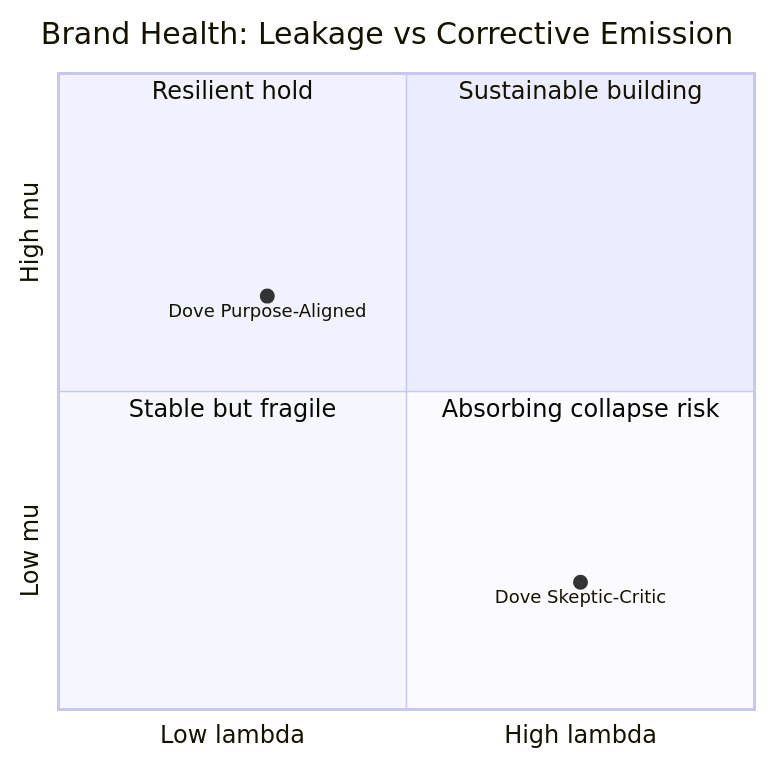
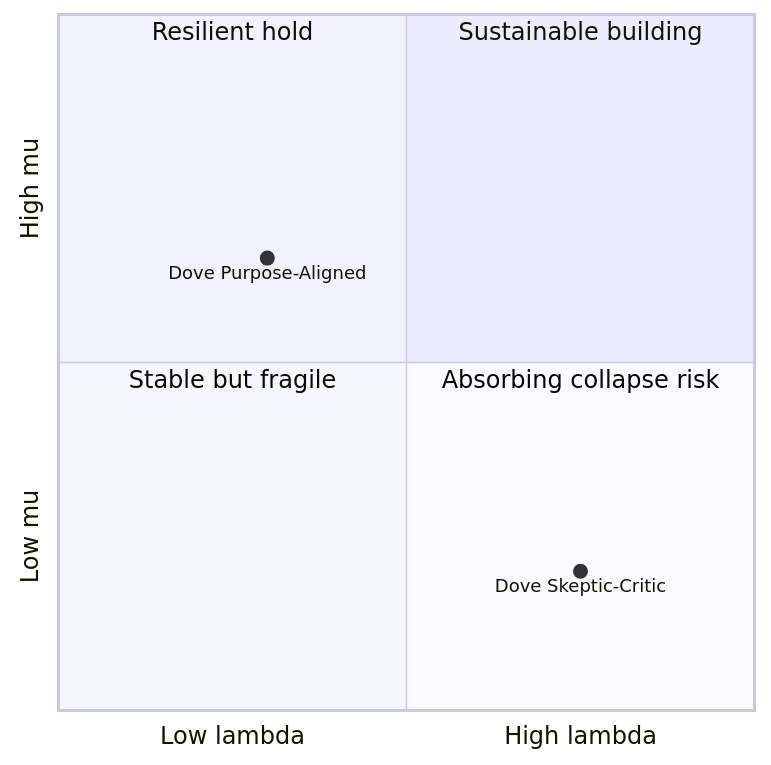
Before and after one commit to spectralbranding/sbt-papers: the diagram in r22-spectral-gap-restoration/paper.md, drawn with Mermaid.

Commit message:
mirror: 2026ad @ 2026-07-11

````diff
--- a/r22-spectral-gap-restoration/paper.md
+++ b/r22-spectral-gap-restoration/paper.md
@@ -153,12 +153,11 @@
 ```{.mermaid width=50%}
 quadrantChart
-    title Brand Health: Leakage vs Corrective Emission
     x-axis Low lambda --> High lambda
     y-axis Low mu --> High mu
     quadrant-1 Sustainable building
     quadrant-2 Resilient hold
     quadrant-3 Stable but fragile
     quadrant-4 Absorbing collapse risk
     Dove Purpose-Aligned: [0.30, 0.65]
     Dove Skeptic-Critic: [0.75, 0.20]
 ```
````
